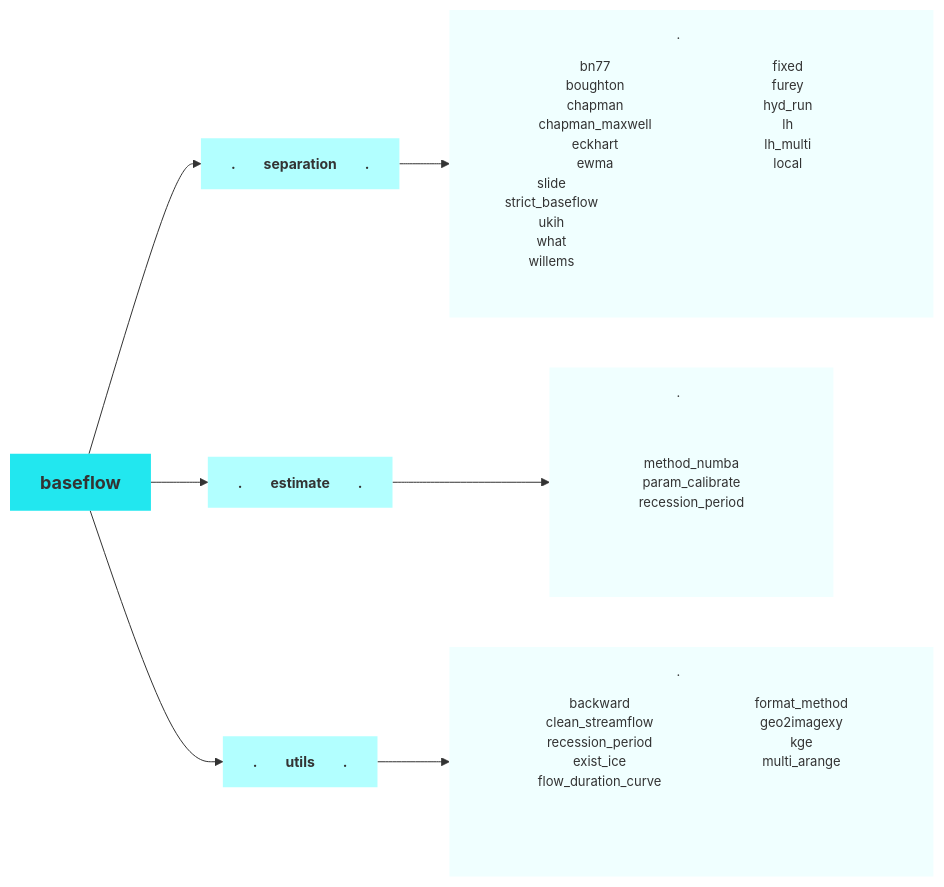
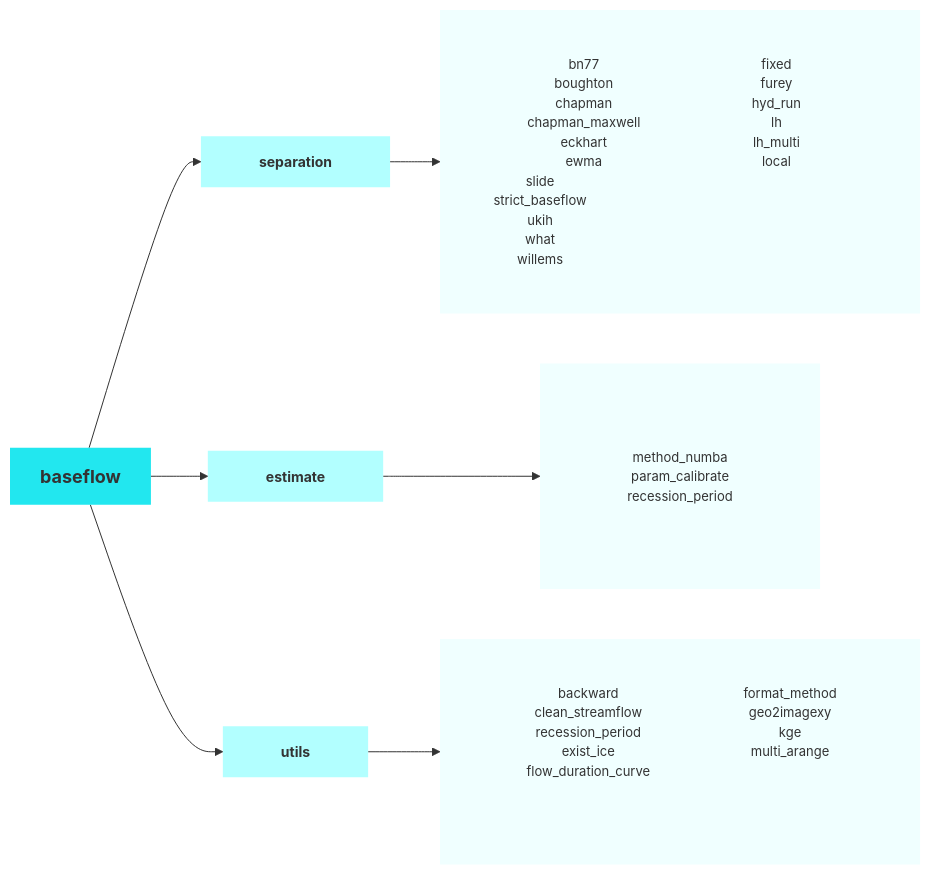
Before and after one commit to BYU-Hydroinformatics/baseflow: the diagram in docs/index.md, drawn with Mermaid.

Commit message:
fix typo in the diagram

````diff
--- a/docs/index.md
+++ b/docs/index.md
@@ -50,50 +50,50 @@
 ```mermaid
 %%{init: {
   'theme': 'base', 
   'themeVariables': { 
     'fontSize': '14px',
     'fontFamily': 'Arial'
   },
   'flowchart': {
     'nodeSpacing': 30,
-    'rankSpacing': 35,
+    'rankSpacing': 30,
     'curve': 'basis'
   }
   "flowchart": {"htmlLabels": true}
 }}%%
 graph LR
     %% Define styles
     classDef default fill:#22E7EF,stroke:#333,stroke-width:0px;
     classDef secondLevel fill:#B2FFFF,stroke:#333,stroke-width:0px,font-size:14px;
     classDef thirdLevel fill:#F0FFFF,stroke:#333,stroke-width:0px,font-size:13px;
 
     A[baseflow]:::default
-    B[.&emsp;&emsp;separation&emsp;&emsp;.]:::secondLevel
-    C[.&emsp;&emsp;estimate&emsp;&emsp;.]:::secondLevel
-    D[.&emsp;&emsp;utils&emsp;&emsp;.]:::secondLevel
+    B[&emsp;&emsp;separation&emsp;&emsp;]:::secondLevel
+    C[&emsp;&emsp;estimate&emsp;&emsp;]:::secondLevel
+    D[&emsp;&emsp;utils&emsp;&emsp;]:::secondLevel
 
     A --> B
     A --> C
     A --> D
 
-    B --> NewLines1[".&emsp;&emsp;<div style='line-height: 1.5; padding: 12px; display: flex; flex-wrap: wrap; justify-content: space-between; width: 400px;'>
+    B --> NewLines1["&emsp;&emsp;<div style='line-height: 1.5; padding: 10px; display: flex; flex-wrap: wrap; justify-content: space-between; width: 400px;'>
     <div style='flex: 0 0 30%;'>bn77<br/>boughton<br/>chapman<br/>chapman_maxwell<br/>eckhart<br/>ewma</div>
     <div style='flex: 0 0 30%;'>fixed<br/>furey<br/>hyd_run<br/>lh<br/>lh_multi<br/>local</div>
     <div style='flex: 0 0 30%;'>slide<br/>strict_baseflow<br/>ukih<br/>what<br/>willems</div>
     </div>&emsp;&emsp;"]:::thirdLevel
 
-    C --> NewLines2[".&emsp;&emsp;<div style='line-height: 1.5; padding: 12px; display: flex; flex-wrap: wrap; justify-content: space-between; width: 200px;'>
+    C --> NewLines2["&emsp;&emsp;<div style='line-height: 1.5; padding: 10px; display: flex; flex-wrap: wrap; justify-content: space-between; width: 200px;'>
     <div style='flex: 0 0 100%;'>method_numba<br/>param_calibrate<br/>recession_period</div>
     </div>&emsp;&emsp;"]:::thirdLevel
     
-    D --> NewLines3[".&emsp;&emsp;<div style='line-height: 1.5; padding: 12px; display: flex; flex-wrap: wrap; justify-content: space-between; width: 400px;'>
+    D --> NewLines3["&emsp;&emsp;<div style='line-height: 1.5; padding: 10px; display: flex; flex-wrap: wrap; justify-content: space-between; width: 400px;'>
     <div style='flex: 0 0 45%;'>backward<br/>clean_streamflow<br/>recession_period<br/>exist_ice<br/>flow_duration_curve</div>
     <div style='flex: 0 0 45%;'>format_method<br/>geo2imagexy<br/>kge<br/>multi_arange</div>
     </div>&emsp;&emsp;"]:::thirdLevel
 
     %% Custom styles for specific nodes
     style A font-size:18px,font-weight:bold,mainBkg:#005f73
     style B font-weight:bold
     style C font-weight:bold
     style D font-weight:bold
 ```
````
